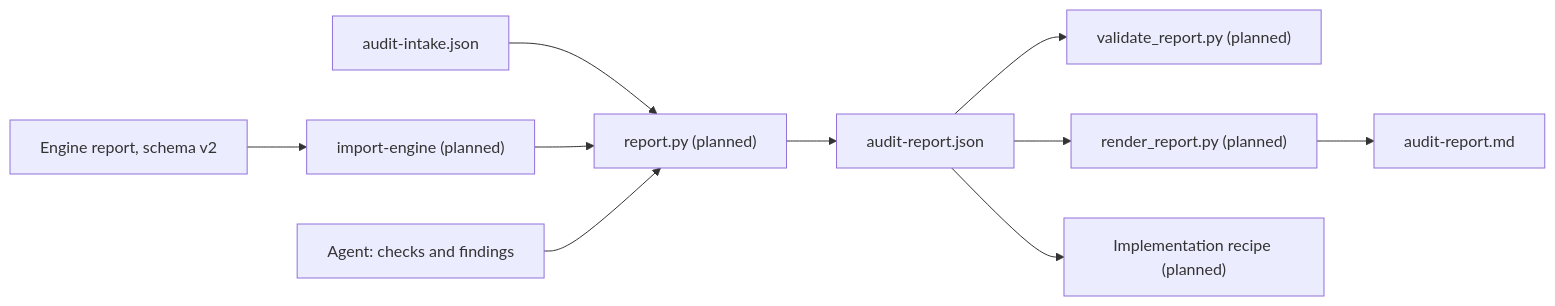
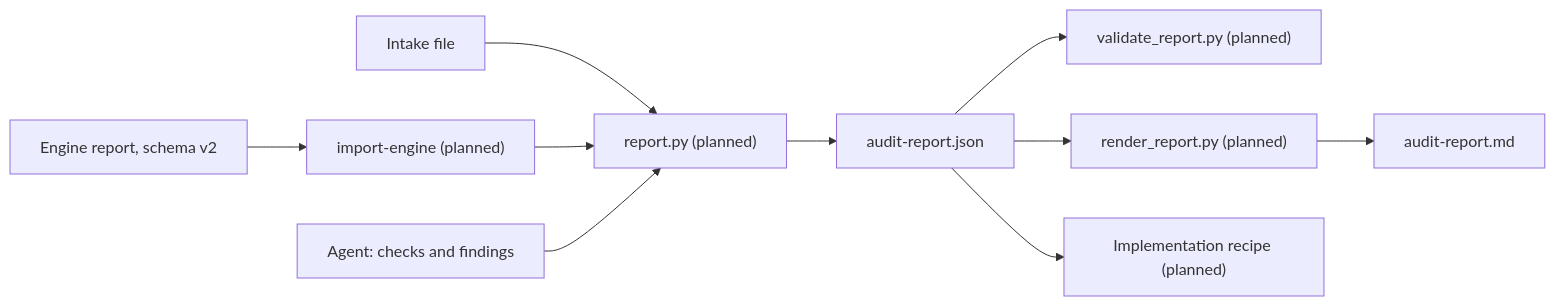
The diagram in brownfield-recipes/docs/architecture/contributor-deep-dive/02-report-schema.md (Nistapp/codebase-agentic-readiness-framework), drawn with Mermaid before and after one commit. The commit also changed 4 other files, not shown here.

First line of the commit message:
docs(schema): replace the realistic example with the engine import and the worked example

````diff
--- a/brownfield-recipes/docs/architecture/contributor-deep-dive/02-report-schema.md
+++ b/brownfield-recipes/docs/architecture/contributor-deep-dive/02-report-schema.md
@@ -17,10 +17,10 @@
 ```mermaid
 flowchart LR
-    Intake["audit-intake.json"] --> Builder["report.py (planned)"]
+    Intake["Intake file"] --> Builder["report.py (planned)"]
     Engine["Engine report, schema v2"] --> Adapter["import-engine (planned)"] --> Builder
     Agent["Agent: checks and findings"] --> Builder
     Builder --> Report["audit-report.json"]
     Report --> Validator["validate_report.py (planned)"]
     Report --> Renderer["render_report.py (planned)"] --> Markdown["audit-report.md"]
     Report --> Implement["Implementation recipe (planned)"]
 ```
````
